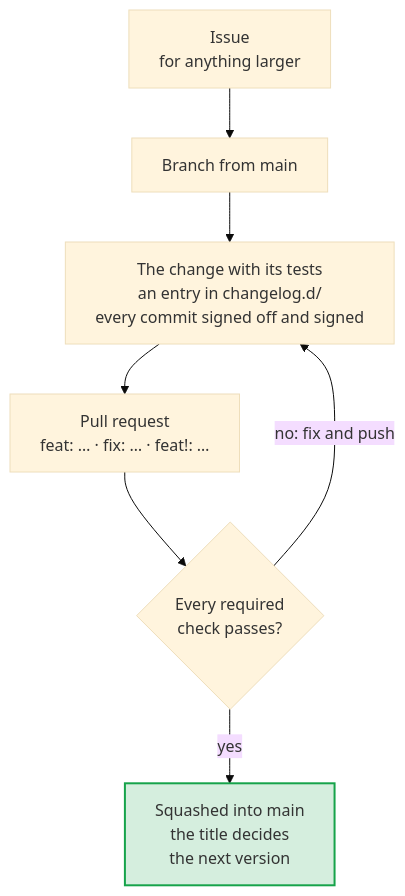
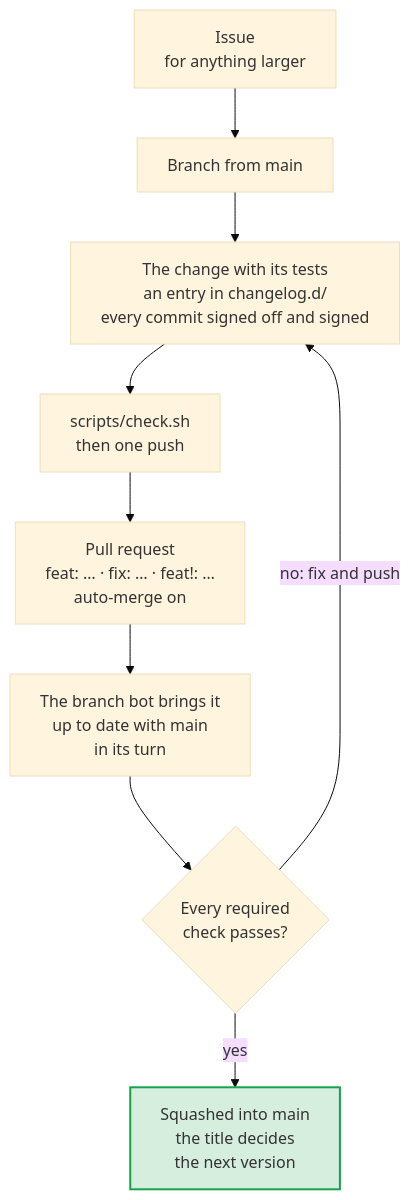
The diagram in docs/diagrams/the-way-of-a-contribution.mmd (Dennis-Otto/repo-blueprint), drawn with Mermaid (base theme) before and after one commit. The commit also changed 9 other files, not shown here.

First line of the commit message:
docs: AGENTS.md says who brings a branch up to date (#1022)

```diff
--- a/docs/diagrams/the-way-of-a-contribution.mmd
+++ b/docs/diagrams/the-way-of-a-contribution.mmd
@@ -1,22 +1,24 @@
 ---
 config:
   flowchart:
     wrappingWidth: 400
 ---
 flowchart TB
     accTitle: The way of a contribution
-    accDescr: An issue first for anything larger, a branch from main, the change with its tests and an entry in a new file of changelog.d, every commit signed off and signed, and a pull request with a Conventional Commit title. Once every required check passes, it is squashed into main, and its title decides the next version.
+    accDescr: An issue first for anything larger, a branch from main, the change with its tests and an entry in a new file of changelog.d, every commit signed off and signed, scripts/check.sh and then one push, and a pull request with a Conventional Commit title and auto-merge turned on. The branch bot brings it up to date with main in its turn. Once every required check passes, it is squashed into main, and its title decides the next version.
 
     issue["Issue<br>for anything larger"]
     branch["Branch from main"]
     change["`The change with its tests<br>an entry in changelog.d/<br>every commit signed off and signed`"]
-    pr["Pull request<br>feat: … · fix: … · feat!: …"]
+    push["scripts/check.sh<br>then one push"]
+    pr["Pull request<br>feat: … · fix: … · feat!: …<br>auto-merge on"]
+    line["The branch bot brings it<br>up to date with main<br>in its turn"]
     checks{"Every required<br>check passes?"}
     main["Squashed into main<br>the title decides<br>the next version"]
 
-    issue --> branch --> change --> pr --> checks
+    issue --> branch --> change --> push --> pr --> line --> checks
     checks -- "yes" --> main
     checks -- "no: fix and push" --> change
 
     classDef done fill:#16a34a2e,stroke:#16a34a,stroke-width:2px
     class main done
```
